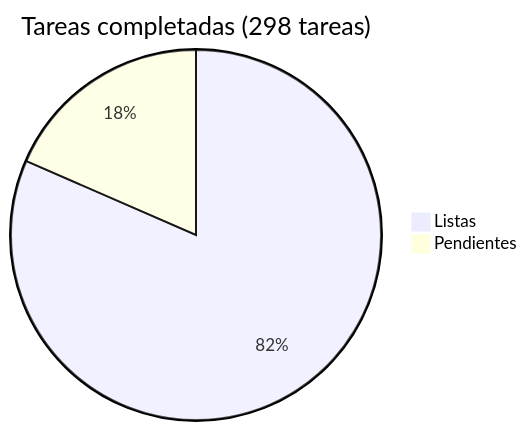
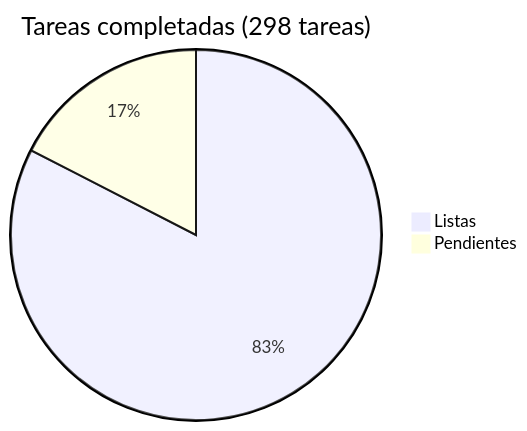
The diagram in docs/roadmap/README.md (araguaney-lat/araguaney), drawn with Mermaid before and after one commit. The commit also changed other lines of this file and 19 other files, not shown here.

````diff
--- a/docs/roadmap/README.md
+++ b/docs/roadmap/README.md
@@ -5,5 +5,5 @@
 ```mermaid
 pie title Tareas completadas (298 tareas)
-    "Listas" : 243
-    "Pendientes" : 55
+    "Listas" : 246
+    "Pendientes" : 52
 ```
````
